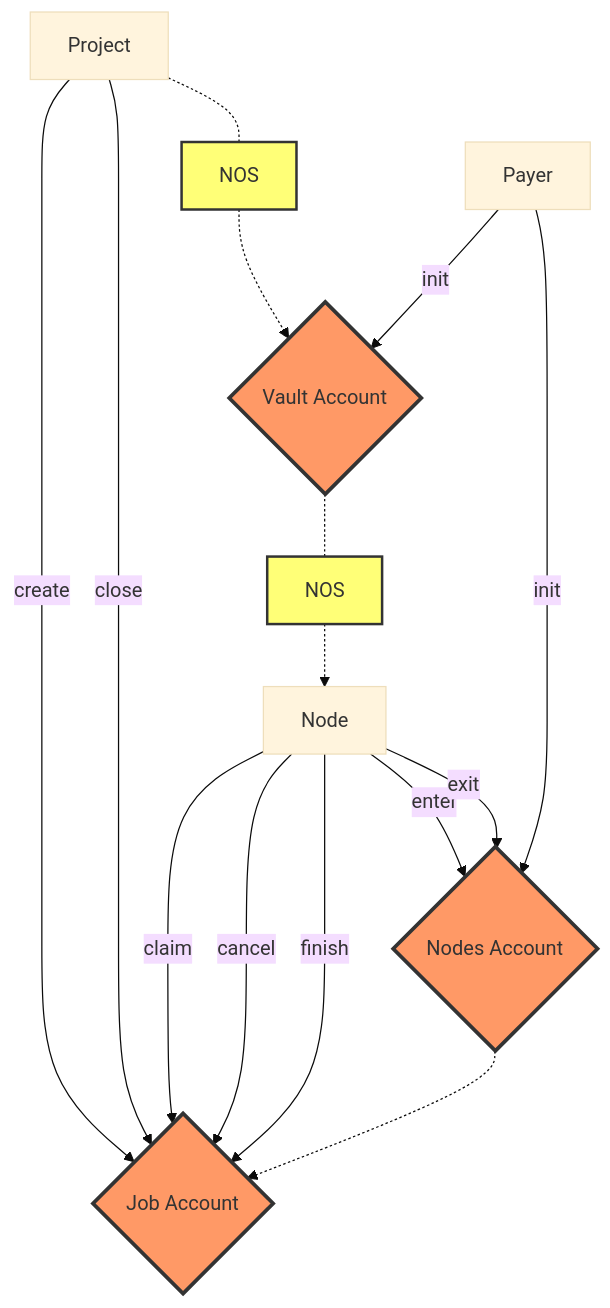
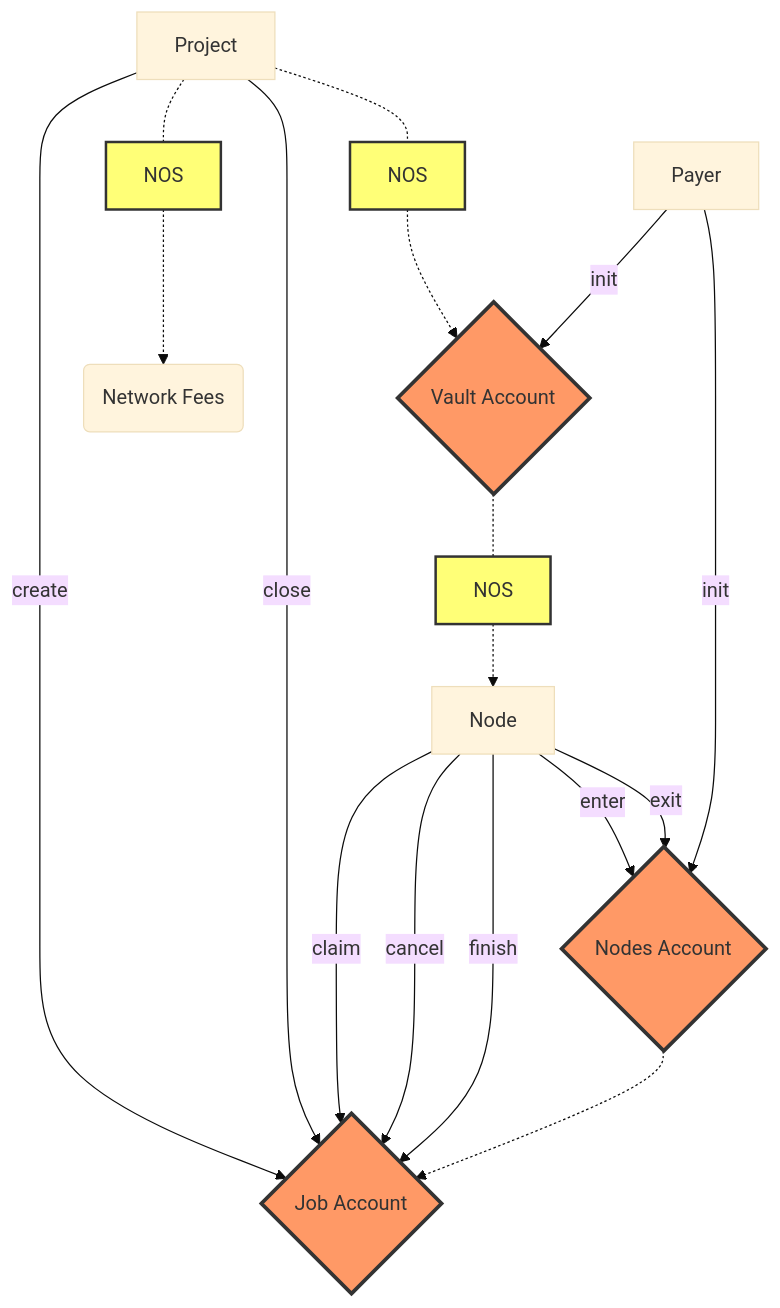
One commit to nosana-ci/docs.nosana.io changed the diagram in docs/programs/jobs.md. Above: the diagram before and after it, drawn with Mermaid (base theme).

Commit message:
Update jobs graph with network fees

````diff
--- a/docs/programs/jobs.md
+++ b/docs/programs/jobs.md
@@ -20,23 +20,24 @@
 ```mermaid
 flowchart TB
     Project -- create --> di2{Job Account}
     Project -- close --> di2{Job Account}
 
     Node -- enter --> di1{Nodes Account}
     Node -- exit --> di1{Nodes Account}
     Node -- claim --> di2{Job Account}
     Node -- cancel --> di2{Job Account}
     Node -- finish --> di2{Job Account}
     di1{Nodes Account} -.-> di2{Job Account}
 
     Project -.- sq1[NOS] -.-> di3{Vault Account} -.- sq2[NOS] -.-> Node
+    Project -.- sq3[NOS] -.-> ci(Network Fees)
 
     Payer -- init --> di1{Nodes Account}
     Payer -- init --> di3{Vault Account}
 
     classDef orange fill:#f96,stroke:#333,stroke-width:3px;
     classDef yellow fill:#ff7,stroke:#333,stroke-width:2px;
 
     class di1,di2,di3 orange
-    class sq1,sq2 yellow
+    class sq1,sq2,sq3 yellow
 ```
````
